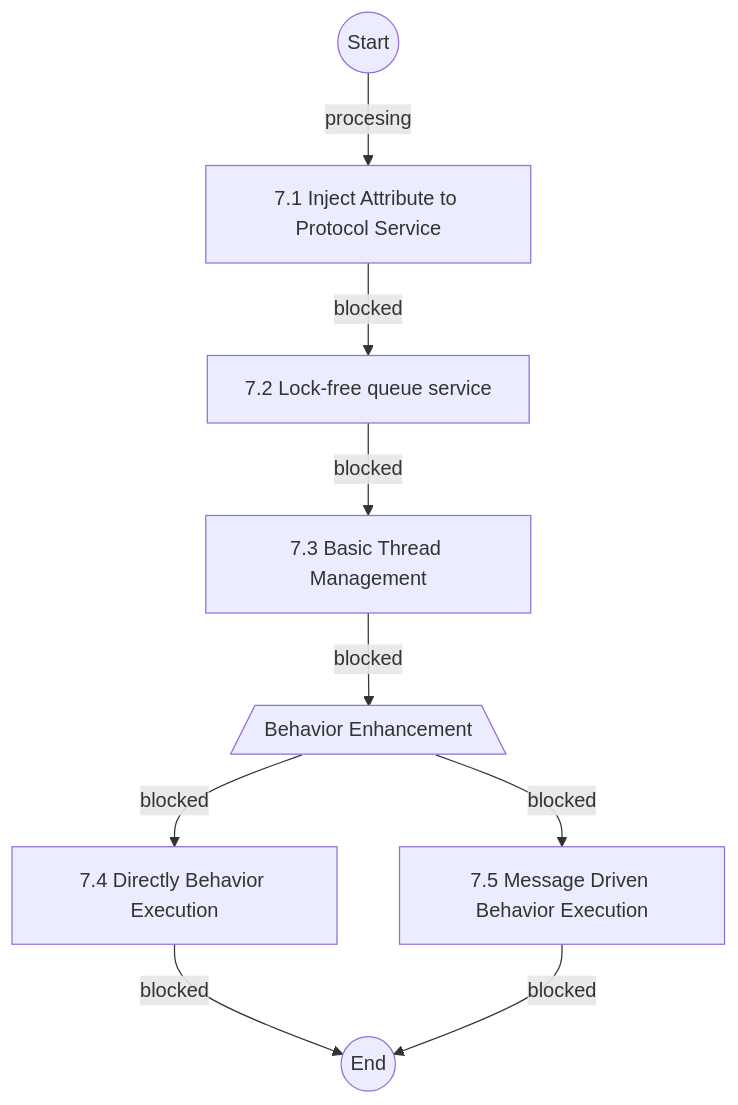
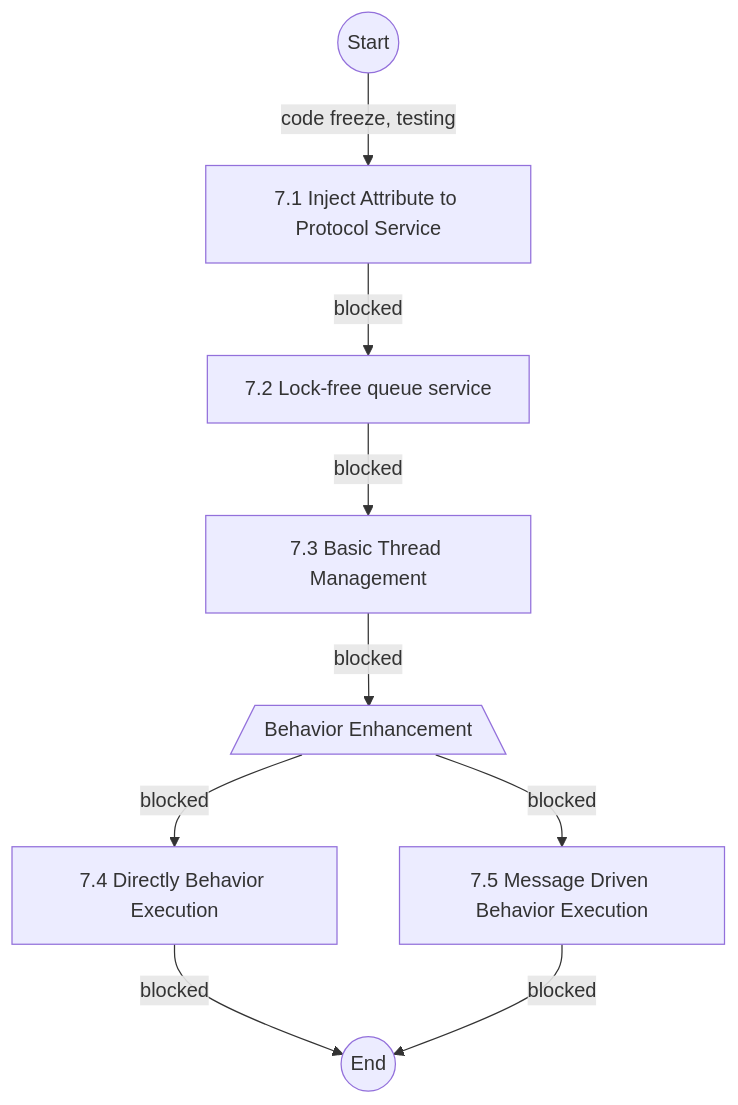
Before and after one commit to Inactionware/uapi.doc: the diagram in design/r2/F2.7/F2.7 Feature Tracing.md, drawn with Mermaid. The commit also changed 2 other files, not shown here.

Commit message:
Update tutorial for prototype service attribute injection

````diff
--- a/design/r2/F2.7/F2.7 Feature Tracing.md
+++ b/design/r2/F2.7/F2.7 Feature Tracing.md
@@ -10,11 +10,11 @@
 ```mermaid
 graph TB
-S((Start)) -- procesing --> A[7.1 Inject Attribute to Protocol Service]
+S((Start)) -- code freeze, testing --> A[7.1 Inject Attribute to Protocol Service]
 A -- blocked --> B[7.2 Lock-free queue service]
 B -- blocked --> C[7.3 Basic Thread Management]
 C -- blocked --> D[/Behavior Enhancement\]
 D -- blocked --> D1[7.4 Directly Behavior Execution]
 D -- blocked --> D2[7.5 Message Driven Behavior Execution]
 D1 -- blocked --> E((End))
 D2 -- blocked --> E
 ```
````
